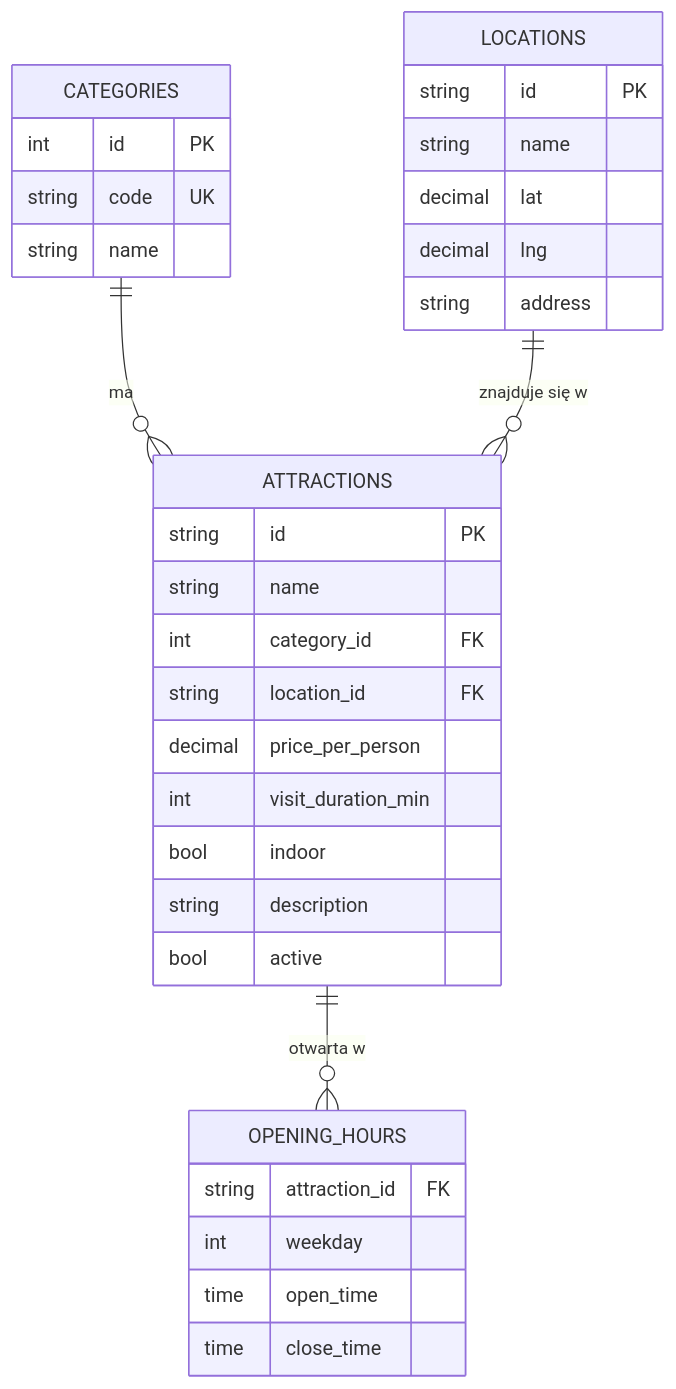
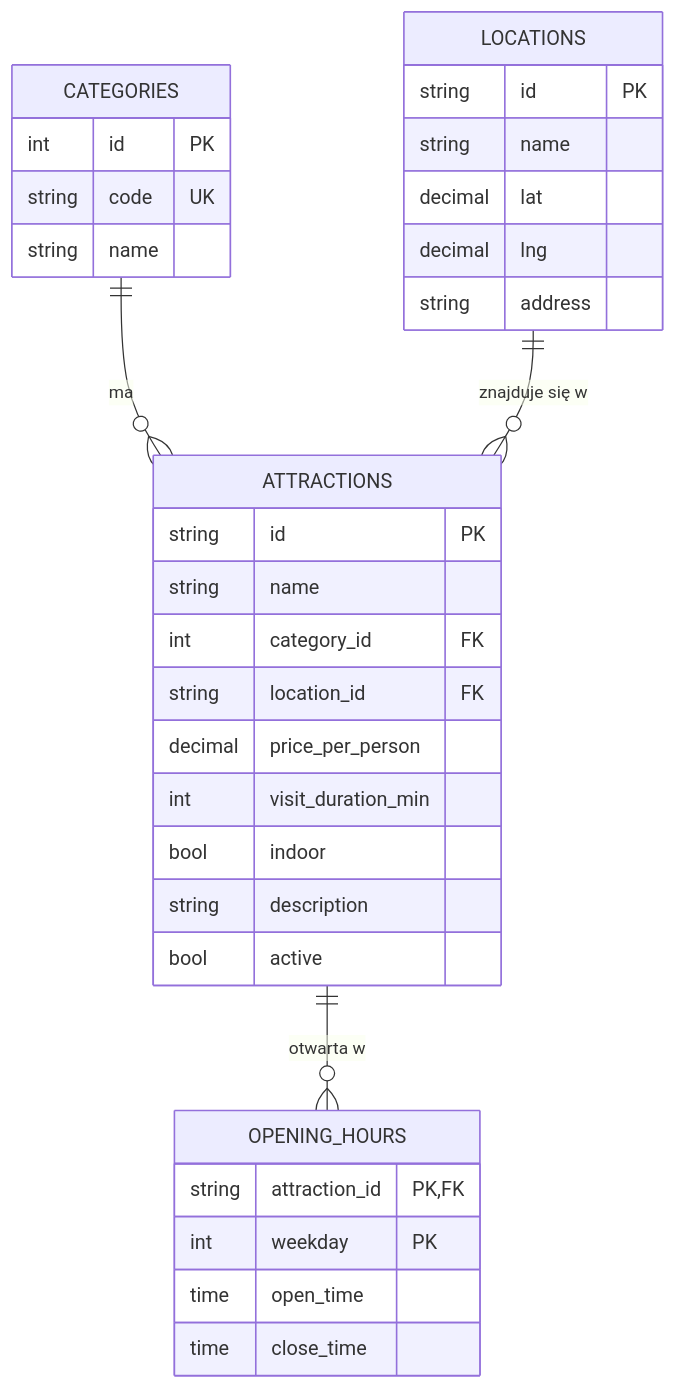
The third of 4 diagrams in architecture.md (Wojtek7707/Atrakcje---Projektowanie-skalowalnych-system-w-obiektowych), drawn with Mermaid before and after one commit. The commit also changed other lines of this file and 3 other files, not shown here.

First line of the commit message:
docs: align AGENTS.md, architecture and README with Spring/Postgres stack

````diff
--- a/architecture.md
+++ b/architecture.md
@@ -287,36 +331,36 @@
 ```mermaid
 erDiagram
     CATEGORIES ||--o{ ATTRACTIONS : "ma"
     LOCATIONS  ||--o{ ATTRACTIONS : "znajduje się w"
     ATTRACTIONS ||--o{ OPENING_HOURS : "otwarta w"
 
     CATEGORIES {
         int id PK
         string code UK
         string name
     }
     LOCATIONS {
         string id PK
         string name
         decimal lat
         decimal lng
         string address
     }
     ATTRACTIONS {
         string id PK
         string name
         int category_id FK
         string location_id FK
         decimal price_per_person
         int visit_duration_min
         bool indoor
         string description
         bool active
     }
     OPENING_HOURS {
-        string attraction_id FK
-        int weekday
+        string attraction_id PK,FK
+        int weekday PK
         time open_time
         time close_time
     }
 ```
````
